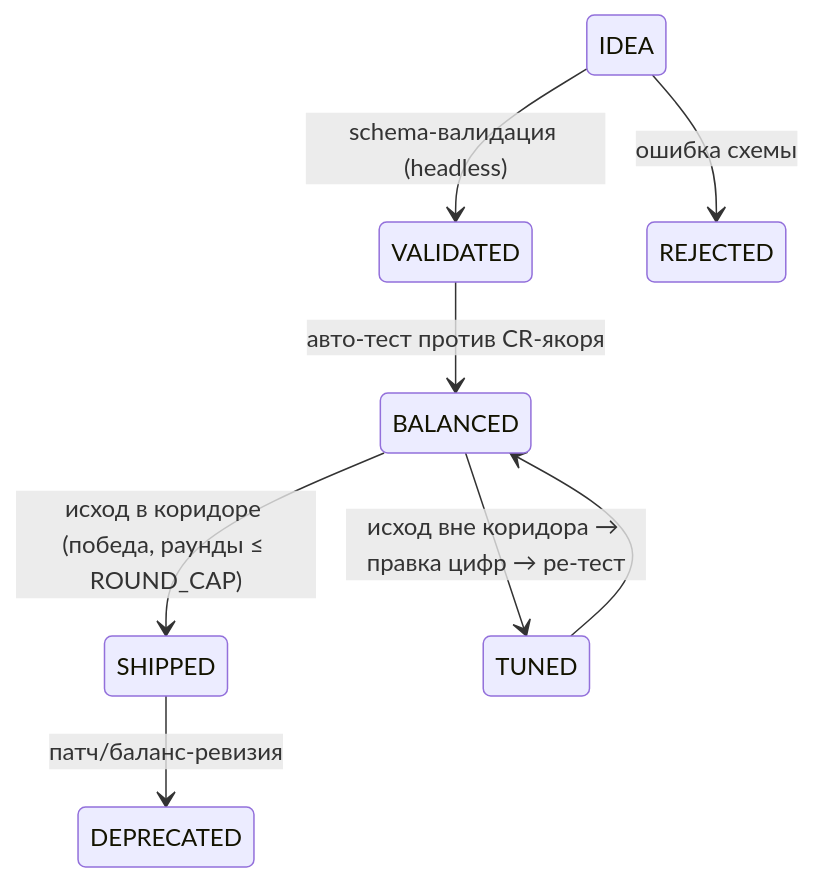
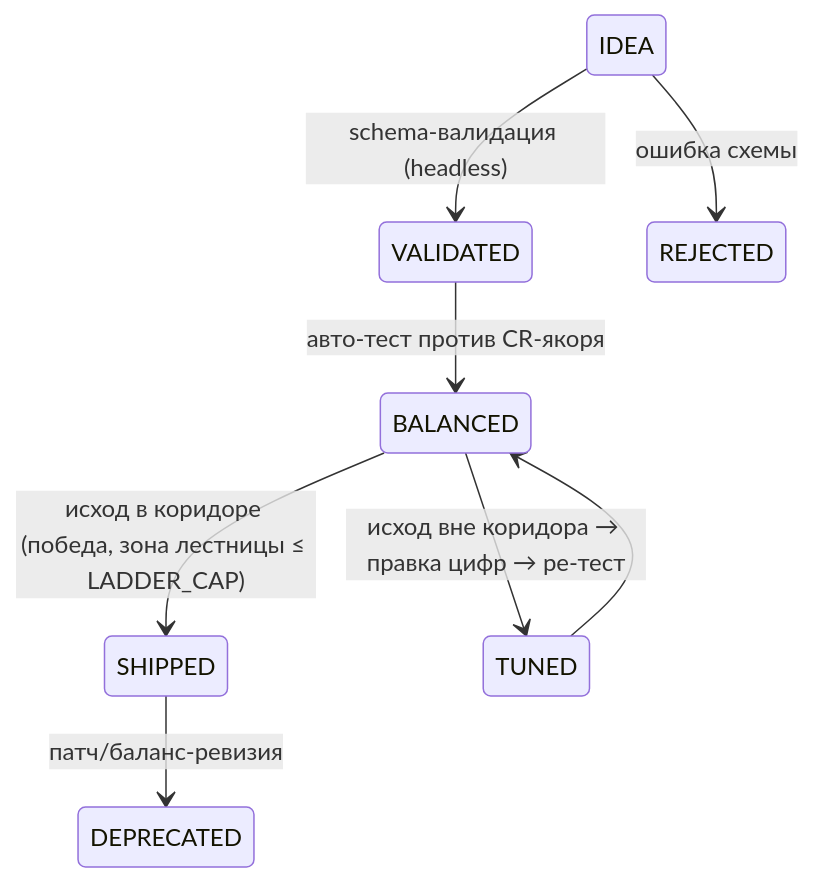
Before and after one commit to DmitriyRudenskiy/sigil-of-the-unwilling: the diagram in docs/05-content.md, drawn with Mermaid. The commit also changed other lines of this file and 14 other files, not shown here.

````diff
--- a/docs/05-content.md
+++ b/docs/05-content.md
@@ -113,10 +113,10 @@
 ```mermaid
 stateDiagram-v2
     IDEA --> VALIDATED: schema-валидация (headless)
     IDEA --> REJECTED: ошибка схемы
     VALIDATED --> BALANCED: авто-тест против CR-якоря
-    BALANCED --> SHIPPED: исход в коридоре (победа, раунды ≤ ROUND_CAP)
+    BALANCED --> SHIPPED: исход в коридоре (победа, зона лестницы ≤ LADDER_CAP)
     BALANCED --> TUNED: исход вне коридора → правка цифр → ре-тест
     TUNED --> BALANCED
     SHIPPED --> DEPRECATED: патч/баланс-ревизия
 ```
````
